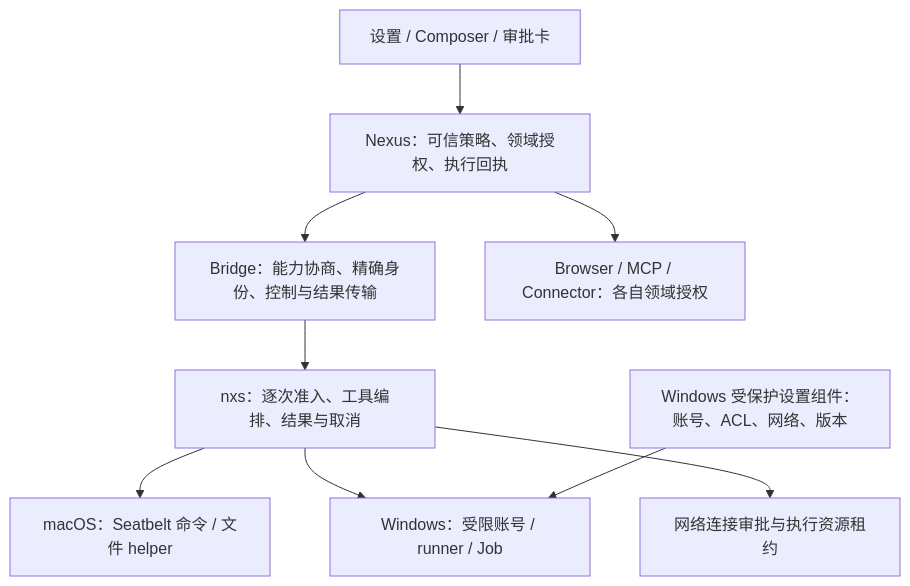
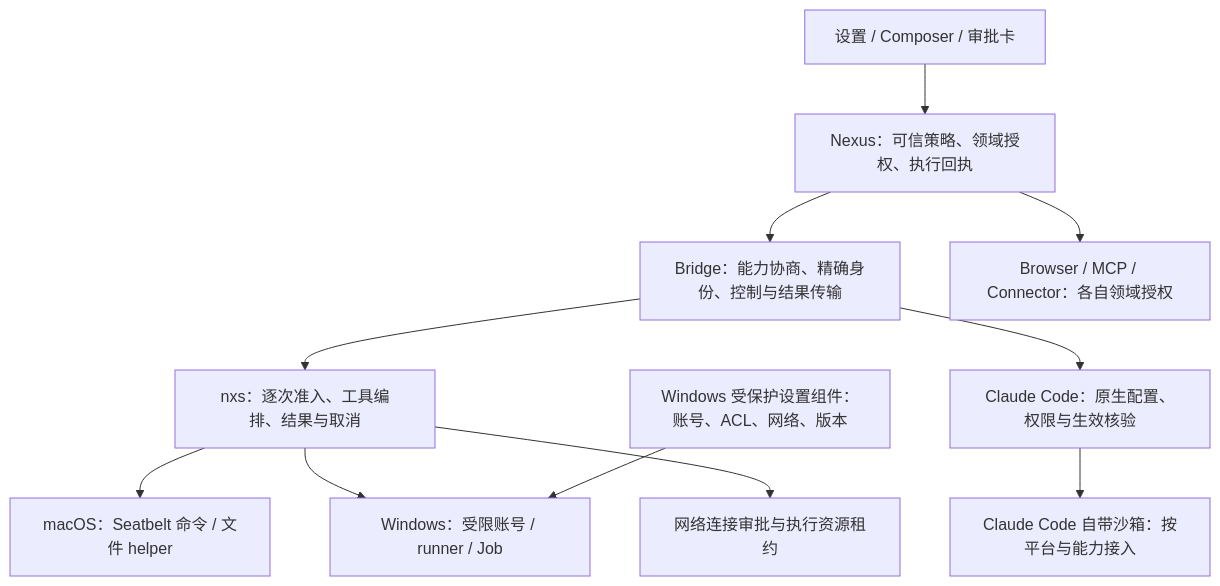
One commit to nexus-research-lab/nexus changed the diagram in docs/explorations/desktop-sandbox/development-plan.md. Above: the diagram before and after it, drawn with Mermaid. The commit also changed other lines of this file and 40 other files, not shown here.

````diff
--- a/docs/explorations/desktop-sandbox/development-plan.md
+++ b/docs/explorations/desktop-sandbox/development-plan.md
@@ -17,11 +19,13 @@
 ```mermaid
 flowchart TD
     U["设置 / Composer / 审批卡"] --> H["Nexus：可信策略、领域授权、执行回执"]
     H --> B["Bridge：能力协商、精确身份、控制与结果传输"]
     B --> R["nxs：逐次准入、工具编排、结果与取消"]
+    B --> C["Claude Code：原生配置、权限与生效核验"]
+    C --> CS["Claude Code 自带沙箱：按平台与能力接入"]
     R --> M["macOS：Seatbelt 命令 / 文件 helper"]
     R --> W["Windows：受限账号 / runner / Job"]
     R --> A["网络连接审批与执行资源租约"]
     S["Windows 受保护设置组件：账号、ACL、网络、版本"] --> W
     H --> E["Browser / MCP / Connector：各自领域授权"]
 ```
````
